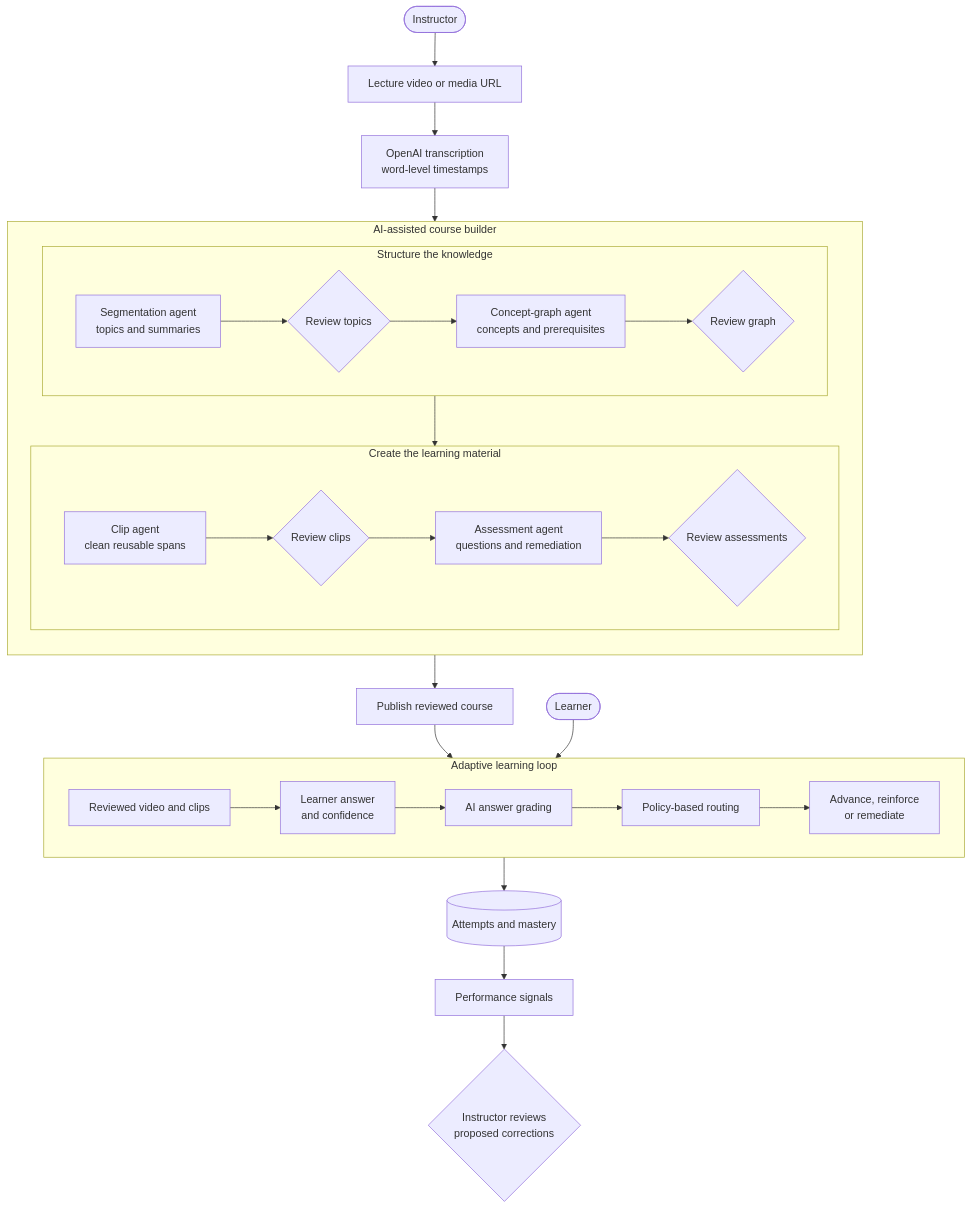
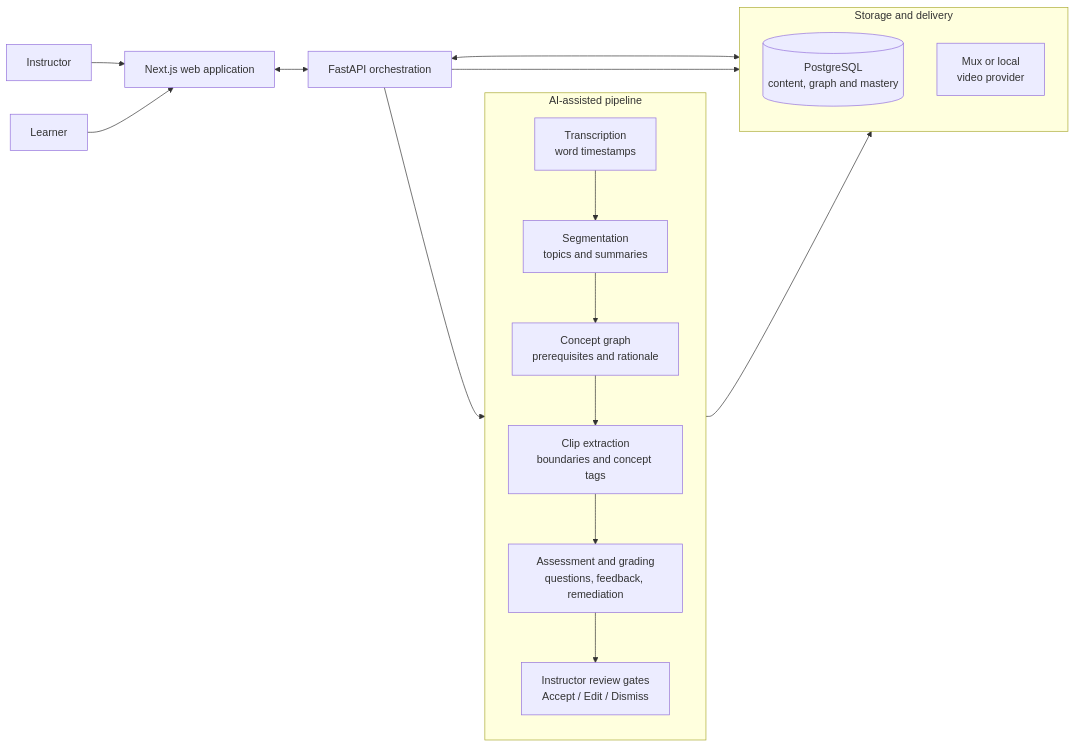
The diagram in README.md (Aaryan126/Manifold-Directing-AI-agents-to-transform-expertise-into-infinite-paths-to-mastery), drawn with Mermaid before and after one commit. The commit also changed other lines of this file, not shown here.

````diff
--- a/README.md
+++ b/README.md
@@ -109,48 +109,29 @@
 ```mermaid
-flowchart TB
-    Instructor([Instructor]) --> Upload[Lecture video or media URL]
-    Upload --> ASR[OpenAI transcription<br/>word-level timestamps]
+flowchart LR
+    Instructor[Instructor] --> Web[Next.js web application]
+    Learner[Learner] --> Web
+    Web <--> API[FastAPI orchestration]
 
-    subgraph CourseBuilder[AI-assisted course builder]
+    subgraph AI[AI-assisted pipeline]
         direction TB
-
-        subgraph Knowledge[Structure the knowledge]
-            direction LR
-            Segment[Segmentation agent<br/>topics and summaries]
-            TopicReview{Review topics}
-            Graph[Concept-graph agent<br/>concepts and prerequisites]
-            GraphReview{Review graph}
-            Segment --> TopicReview --> Graph --> GraphReview
-        end
-
-        subgraph Material[Create the learning material]
-            direction LR
-            Clips[Clip agent<br/>clean reusable spans]
-            ClipReview{Review clips}
-            Assess[Assessment agent<br/>questions and remediation]
-            AssessReview{Review assessments}
-            Clips --> ClipReview --> Assess --> AssessReview
-        end
-
-        GraphReview --> Clips
+        ASR[Transcription<br/>word timestamps]
+        Segment[Segmentation<br/>topics and summaries]
+        Graph[Concept graph<br/>prerequisites and rationale]
+        Clips[Clip extraction<br/>boundaries and concept tags]
+        Assess[Assessment and grading<br/>questions, feedback, remediation]
+        Review[Instructor review gates<br/>Accept / Edit / Dismiss]
+        ASR --> Segment --> Graph --> Clips --> Assess --> Review
     end
 
-    ASR --> Segment
-    AssessReview --> Publish[Publish reviewed course]
+    API --> ASR
 
-    subgraph Learning[Adaptive learning loop]
-        direction LR
-        Player[Reviewed video and clips]
-        Answer[Learner answer<br/>and confidence]
-        Grade[AI answer grading]
-        Route[Policy-based routing]
-        Next[Advance, reinforce<br/>or remediate]
-        Player --> Answer --> Grade --> Route --> Next
+    subgraph Platform[Storage and delivery]
+        direction TB
+        DB[(PostgreSQL<br/>content, graph and mastery)]
+        Video[Mux or local<br/>video provider]
     end
 
-    Publish --> Player
-    Learner([Learner]) --> Player
-    Route --> Mastery[(Attempts and mastery)]
-    Mastery --> Insights[Performance signals]
-    Insights --> Improve{Instructor reviews<br/>proposed corrections}
+    Review --> DB
+    API <--> DB
+    API --> Video
 ```
````
